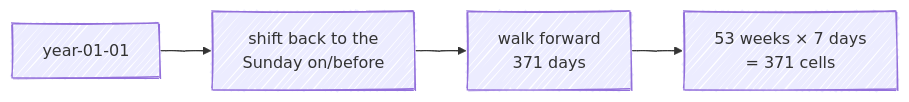
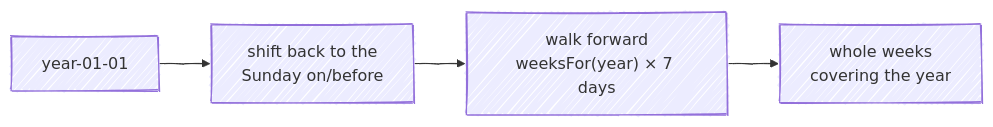
The first of 2 diagrams in docs/wiki/Calendar-Grid.md (fbuireu/contribKit), drawn with Mermaid before and after one commit. The commit also changed other lines of this file and 35 other files, not shown here.

````diff
--- a/docs/wiki/Calendar-Grid.md
+++ b/docs/wiki/Calendar-Grid.md
@@ -5,10 +5,10 @@
 ```mermaid
 ---
 config:
   look: handDrawn
 ---
 flowchart LR
     start["year-01-01"] --> sunday["shift back to the<br/>Sunday on/before"]
-    sunday --> walk["walk forward<br/>371 days"]
-    walk --> grid["53 weeks × 7 days<br/>= 371 cells"]
+    sunday --> walk["walk forward<br/>weeksFor(year) × 7 days"]
+    walk --> grid["whole weeks<br/>covering the year"]
 ```
````
